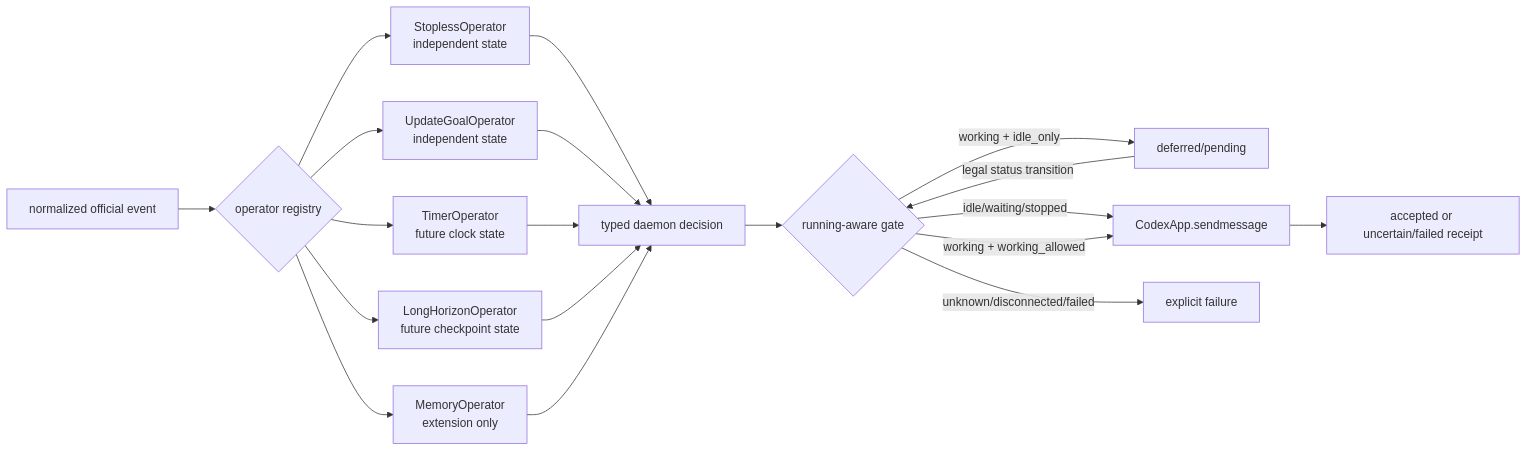
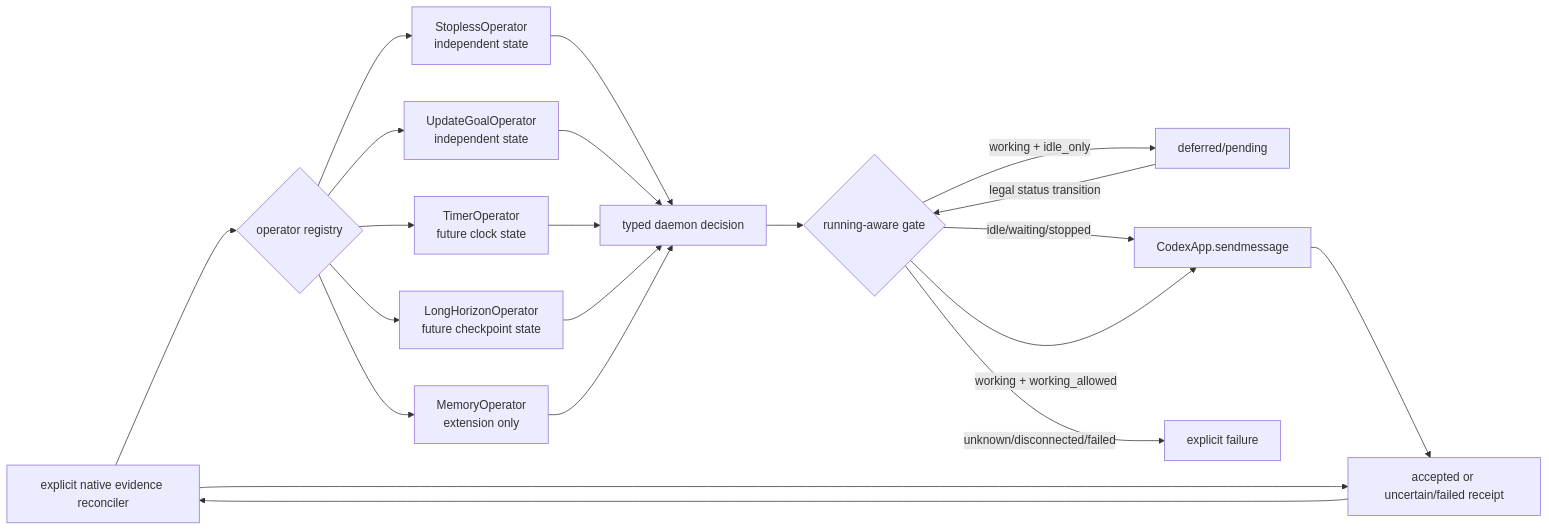
The second of 2 diagrams in docs/framework-graph.md (Jasonzhangf/codex-hooks), drawn with Mermaid before and after one commit. The commit also changed other lines of this file and 43 other files, not shown here.

````diff
--- a/docs/framework-graph.md
+++ b/docs/framework-graph.md
@@ -154,21 +171,23 @@
 ```mermaid
 flowchart LR
   E[normalized official event] --> O{operator registry}
   O --> S[StoplessOperator\nindependent state]
   O --> G[UpdateGoalOperator\nindependent state]
   O --> T[TimerOperator\nfuture clock state]
   O --> L[LongHorizonOperator\nfuture checkpoint state]
   O --> M[MemoryOperator\nextension only]
   S --> D[typed daemon decision]
   G --> D
   T --> D
   L --> D
   M --> D
   D --> Q{running-aware gate}
   Q -->|working + idle_only| P[deferred/pending]
   Q -->|idle/waiting/stopped| C[CodexApp.sendmessage]
   Q -->|working + working_allowed| C
   Q -->|unknown/disconnected/failed| F[explicit failure]
   P -->|legal status transition| Q
   C --> R[accepted or uncertain/failed receipt]
+  R --> E[explicit native evidence reconciler]
+  E --> R
 ```
````
